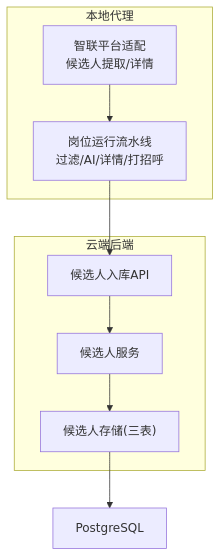
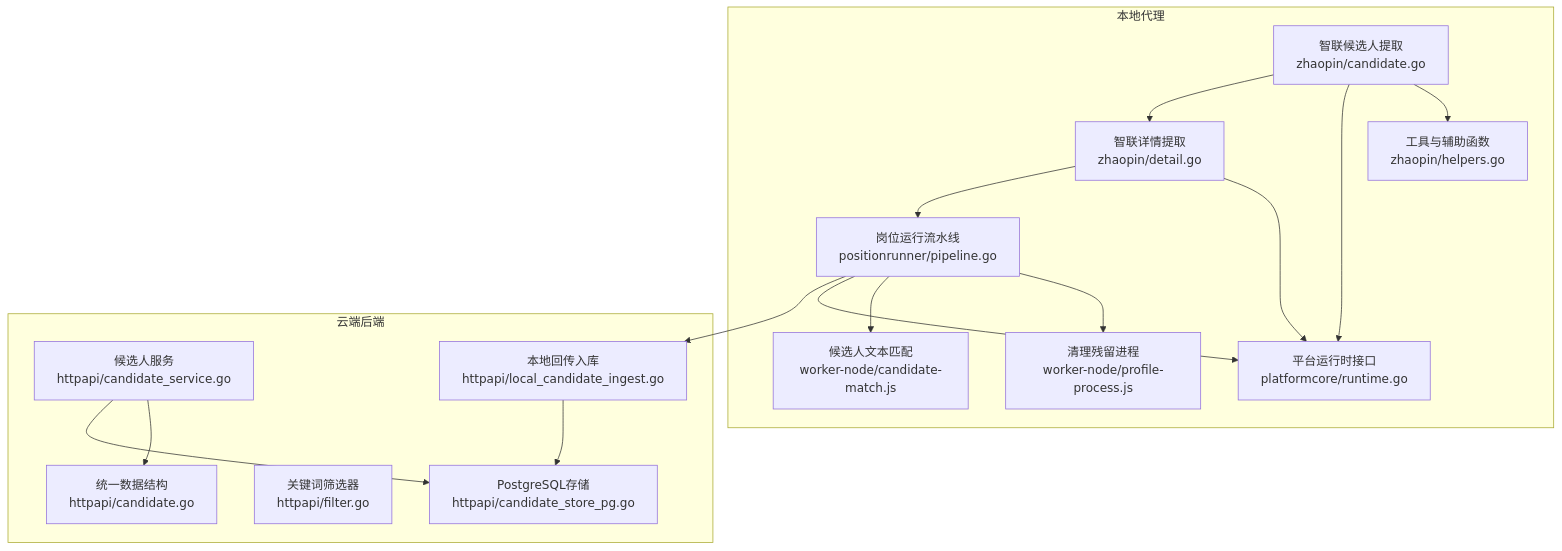
Before and after one commit to alvinwangzi/goodhr: the first of 7 diagrams in .qoder/repowiki/zh/content/本地执行器/平台适配器/智联招聘适配器/候选人处理.md, drawn with Mermaid. The commit also changed other lines of this file and 149 other files, not shown here.

````diff
--- a/.qoder/repowiki/zh/content/本地执行器/平台适配器/智联招聘适配器/候选人处理.md
+++ b/.qoder/repowiki/zh/content/本地执行器/平台适配器/智联招聘适配器/候选人处理.md
@@ -38,18 +39,31 @@
 ```mermaid
 graph TB
 subgraph "本地代理"
-ZC["智联平台适配<br/>候选人提取/详情"]
-PR["岗位运行流水线<br/>过滤/AI/详情/打招呼"]
+ZC["智联候选人提取<br/>zhaopin/candidate.go"]
+ZD["智联详情提取<br/>zhaopin/detail.go"]
+ZH["工具与辅助函数<br/>zhaopin/helpers.go"]
+PC["平台运行时接口<br/>platformcore/runtime.go"]
+PR["岗位运行流水线<br/>positionrunner/pipeline.go"]
+CM["候选人文本匹配<br/>worker-node/candidate-match.js"]
+PP["清理残留进程<br/>worker-node/profile-process.js"]
 end
 subgraph "云端后端"
-API["候选人入库API"]
-Svc["候选人服务"]
-Store["候选人存储(三表)"]
+API["候选人服务<br/>httpapi/candidate_service.go"]
+DTO["统一数据结构<br/>httpapi/candidate.go"]
+Filt["关键词筛选器<br/>httpapi/filter.go"]
+Ingest["本地回传入库<br/>httpapi/local_candidate_ingest.go"]
+PG["PostgreSQL存储<br/>httpapi/candidate_store_pg.go"]
 end
-DB["PostgreSQL"]
-ZC --> PR
-PR --> API
-API --> Svc
-Svc --> Store
-Store --> DB
+ZC --> ZD
+ZD --> PR
+PR --> Ingest
+Ingest --> PG
+API --> PG
+API --> DTO
+PR --> PC
+ZC --> PC
+ZD --> PC
+ZC --> ZH
+PR --> CM
+PR --> PP
 ```
````
